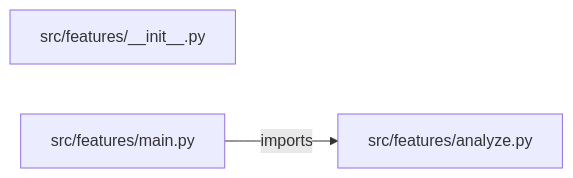
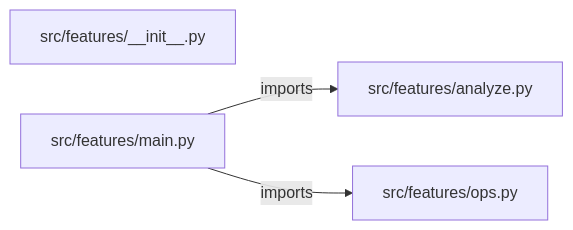
The diagram in PROJECT_ARCHITECTURE.md (iarsingh/feature-engineering-pipeline), drawn with Mermaid before and after one commit. The commit also changed other lines of this file and 2 other files, not shown here.

Commit message:
Refresh architecture and interview guides from current implementation

````diff
--- a/PROJECT_ARCHITECTURE.md
+++ b/PROJECT_ARCHITECTURE.md
@@ -13,7 +13,9 @@
 ```mermaid
 flowchart LR
     M0["src/features/__init__.py"]
     M1["src/features/analyze.py"]
     M2["src/features/main.py"]
+    M3["src/features/ops.py"]
     M2 -->|imports| M1
+    M2 -->|imports| M3
 ```
````
